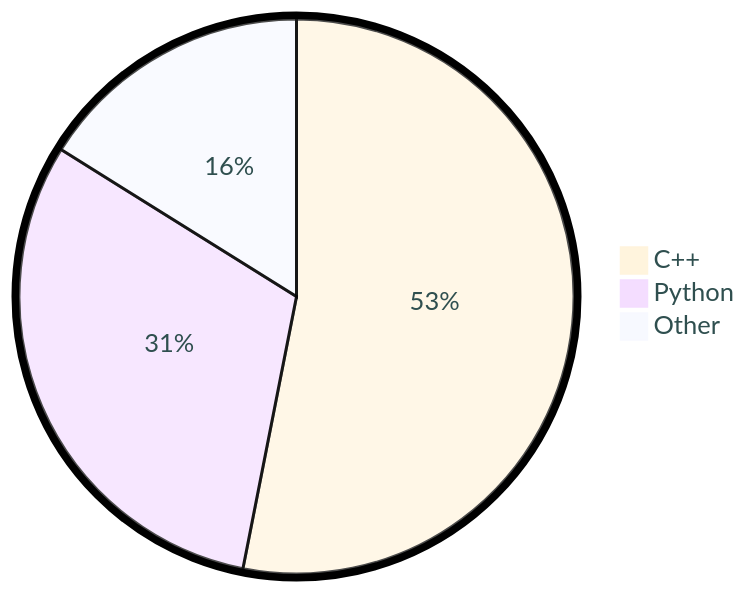
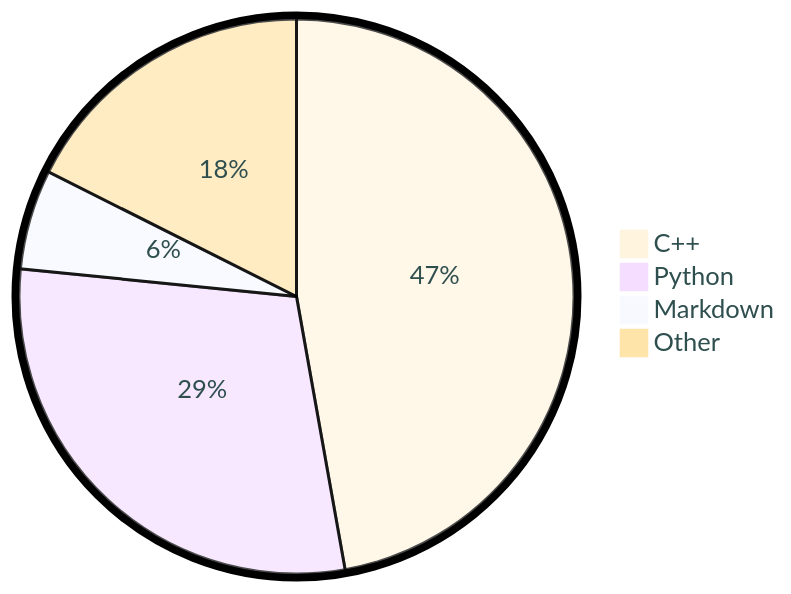
The diagram in README.md (tot0p/tot0p), drawn with Mermaid before and after one commit. The commit also changed other lines of this file, not shown here.

````diff
--- a/README.md
+++ b/README.md
@@ -81,7 +85,8 @@
 ```mermaid
 %%{init: {"pie": {"textPosition": 0.5}, "themeVariables": {"pieOuterStrokeWidth": "5px","primaryTextColor" : "#2F4F4F"},"theme":"base"} }%%
 pie
-	"C++": 53.1
-	"Python": 30.79
-	"Other": 16.120000000000005
+	"C++": 47.2
+	"Python": 29.4
+	"Markdown": 5.82
+	"Other": 17.590000000000003
 ```
````
